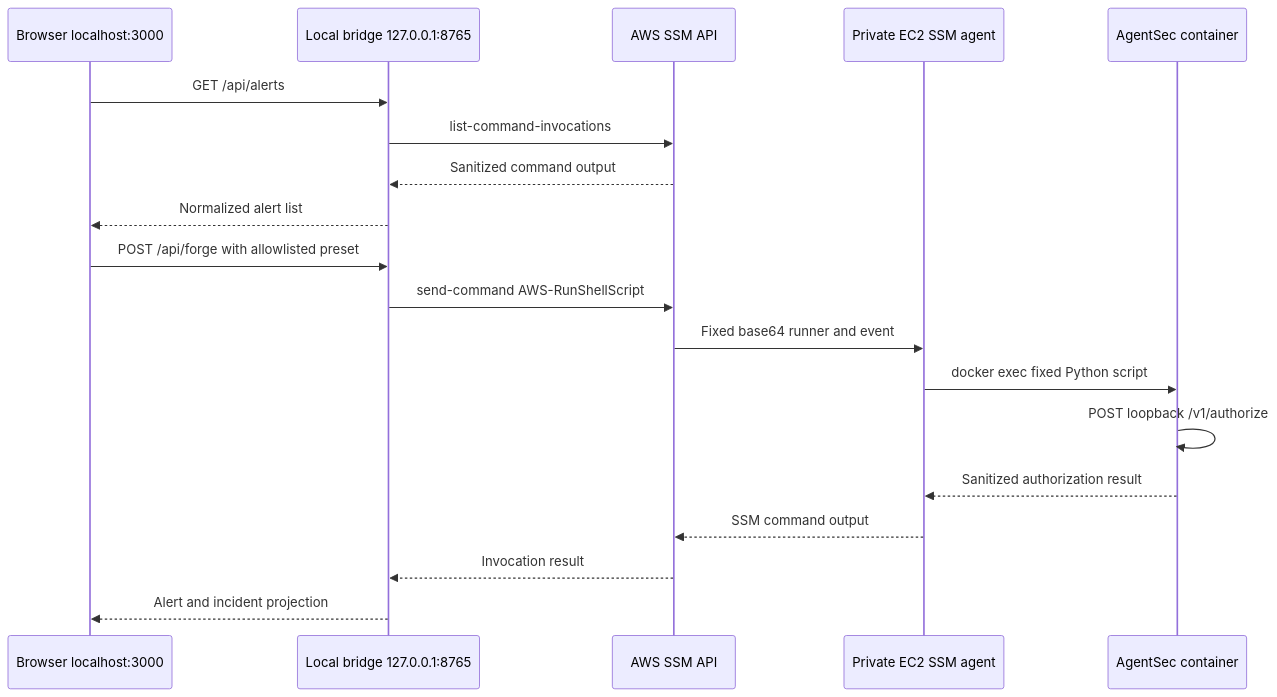
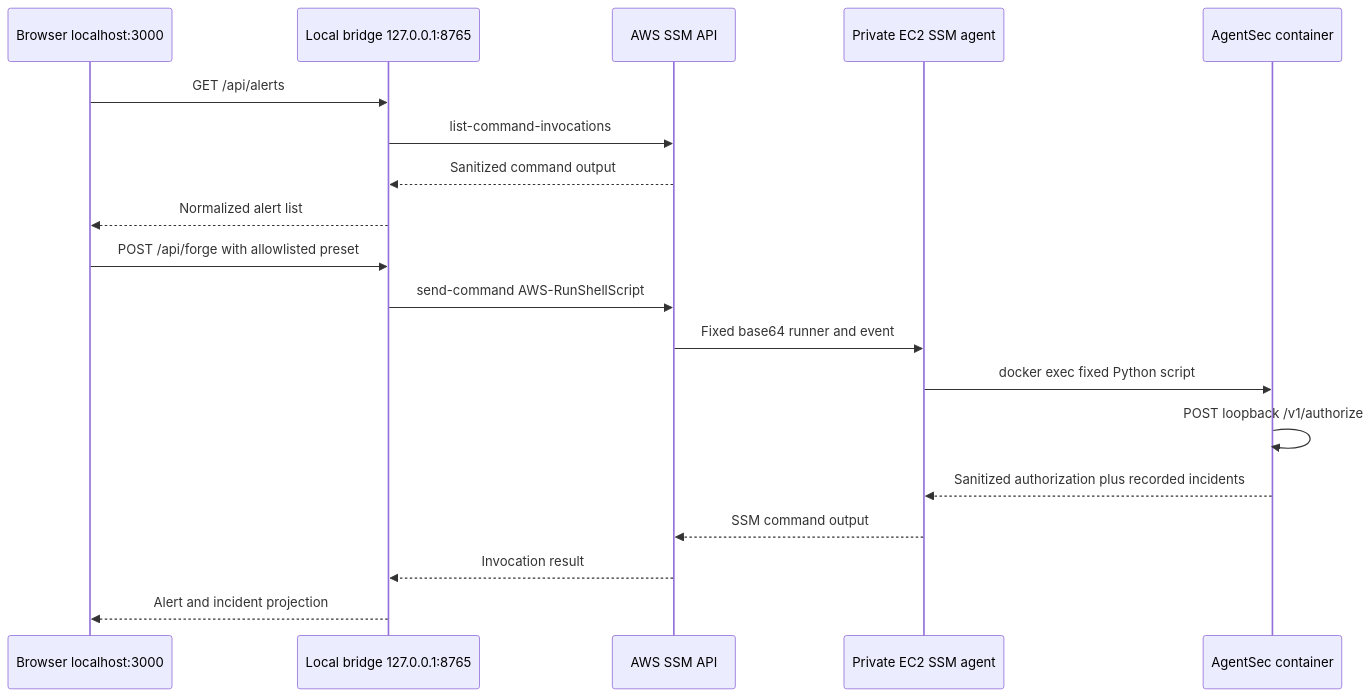
Before and after one commit to geminipolo1991-vampire/agentsec: the sixth of 7 diagrams in docs/architecture.md, drawn with Mermaid. The commit also changed other lines of this file and 455 other files, not shown here.

````diff
--- a/docs/architecture.md
+++ b/docs/architecture.md
@@ -964,23 +1526,23 @@
 ```mermaid
 sequenceDiagram
     participant Browser as Browser localhost:3000
     participant Bridge as Local bridge 127.0.0.1:8765
     participant AWS as AWS SSM API
     participant Node as Private EC2 SSM agent
     participant Container as AgentSec container
 
     Browser->>Bridge: GET /api/alerts
     Bridge->>AWS: list-command-invocations
     AWS-->>Bridge: Sanitized command output
     Bridge-->>Browser: Normalized alert list
 
     Browser->>Bridge: POST /api/forge with allowlisted preset
     Bridge->>AWS: send-command AWS-RunShellScript
     AWS->>Node: Fixed base64 runner and event
     Node->>Container: docker exec fixed Python script
     Container->>Container: POST loopback /v1/authorize
-    Container-->>Node: Sanitized authorization result
+    Container-->>Node: Sanitized authorization plus recorded incidents
     Node-->>AWS: SSM command output
     AWS-->>Bridge: Invocation result
     Bridge-->>Browser: Alert and incident projection
 ```
````
